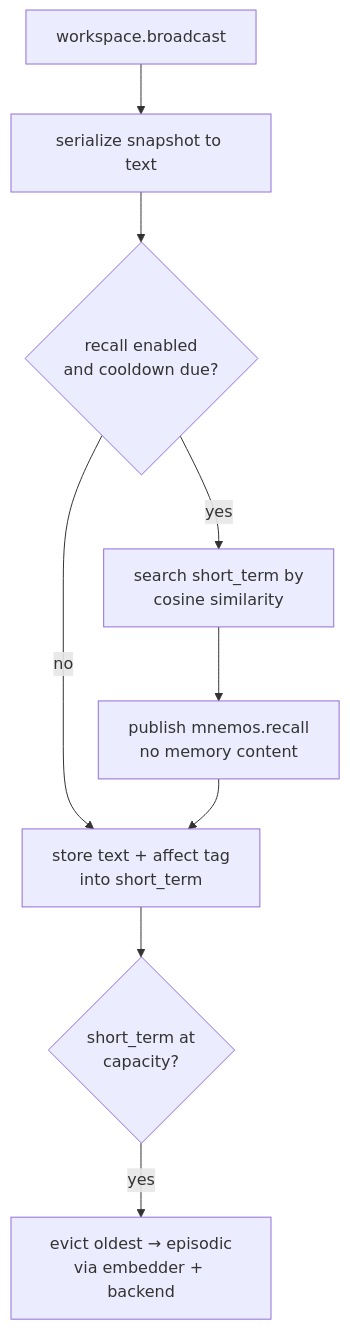
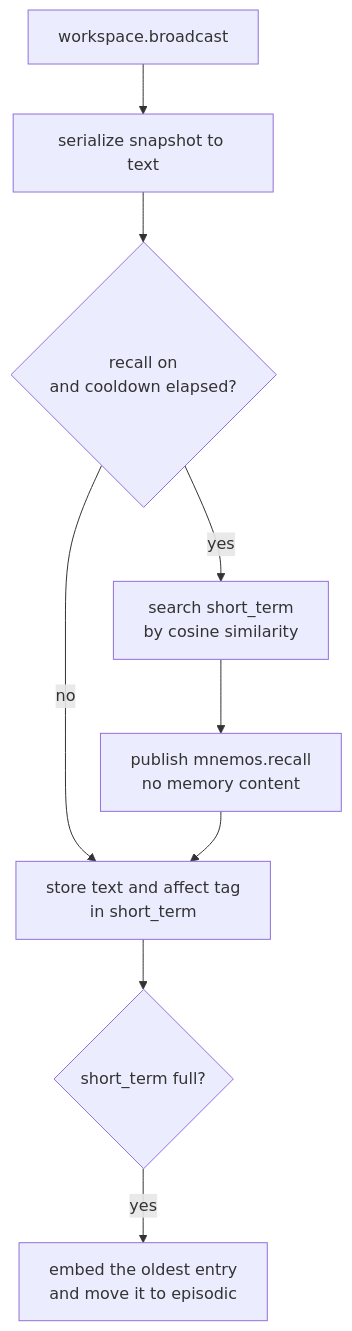
The diagram in docs/09-modules/mnemos.md (kaineone/kaine), drawn with Mermaid before and after one commit. The commit also changed other lines of this file and 72 other files, not shown here.

````diff
--- a/docs/09-modules/mnemos.md
+++ b/docs/09-modules/mnemos.md
@@ -82,11 +81,11 @@
 ```mermaid
 flowchart TD
     WS[workspace.broadcast] --> SER[serialize snapshot to text]
-    SER --> COOL{recall enabled\nand cooldown due?}
-    COOL -- yes --> RECALL[search short_term by\ncosine similarity]
+    SER --> COOL{recall on\nand cooldown elapsed?}
+    COOL -- yes --> RECALL[search short_term\nby cosine similarity]
     RECALL --> PUB_REC[publish mnemos.recall\nno memory content]
     COOL -- no --> STORE
-    PUB_REC --> STORE[store text + affect tag\ninto short_term]
-    STORE --> OVR{short_term at\ncapacity?}
-    OVR -- yes --> EVICT[evict oldest → episodic\nvia embedder + backend]
+    PUB_REC --> STORE[store text and affect tag\nin short_term]
+    STORE --> OVR{short_term full?}
+    OVR -- yes --> EVICT[embed the oldest entry\nand move it to episodic]
 ```
````
